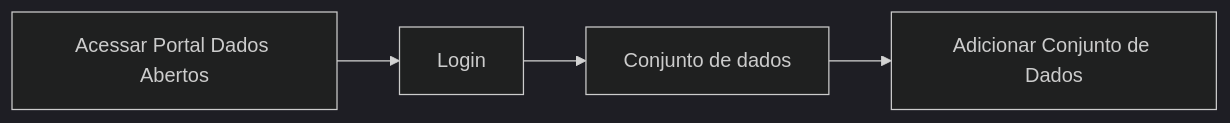
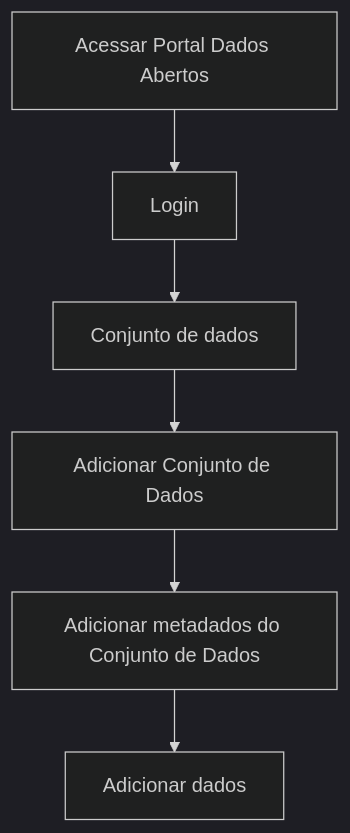
One commit to transparencia-mg/work-stefanini changed the diagram in docs/estorias_de_usuarios/sprint_02/02_inferencia_de_arquivo.md. Above: the diagram before and after it, drawn with Mermaid (dark theme). The commit also changed other lines of this file and 1 other file, not shown here.

````diff
--- a/docs/estorias_de_usuarios/sprint_02/02_inferencia_de_arquivo.md
+++ b/docs/estorias_de_usuarios/sprint_02/02_inferencia_de_arquivo.md
@@ -7,7 +7,9 @@
 ```mermaid
-graph LR;
+graph TD;
     1[Acessar Portal Dados Abertos]-->2;
     2[Login]-->3;
     3[Conjunto de dados]-->4;
-    4[Adicionar Conjunto de Dados]
+    4[Adicionar Conjunto de Dados]-->5;
+    5[Adicionar metadados do Conjunto de Dados]-->6;
+    6[Adicionar dados]
 ```
````
